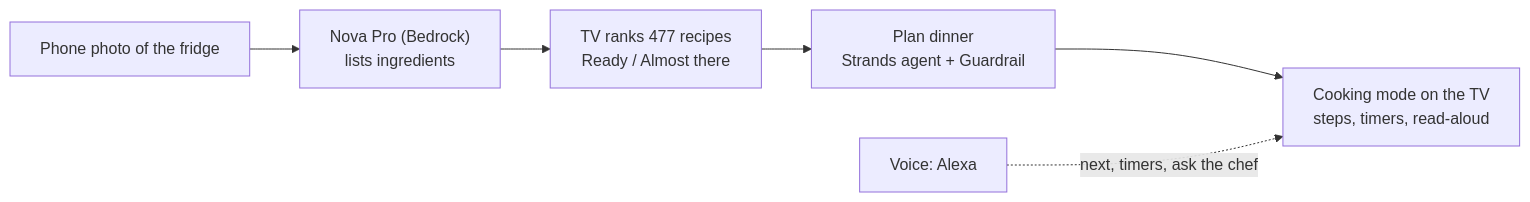
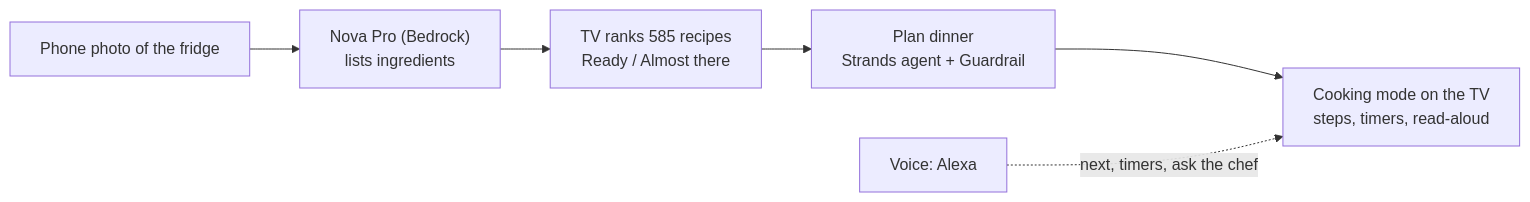
The diagram in README.md (suhailullakhan619/CookAlong), drawn with Mermaid before and after one commit. The commit also changed other lines of this file and 6 other files, not shown here.

````diff
--- a/README.md
+++ b/README.md
@@ -47,8 +47,8 @@
 ```mermaid
 flowchart LR
   A["Phone photo of the fridge"] --> B["Nova Pro (Bedrock)<br/>lists ingredients"]
-  B --> C["TV ranks 477 recipes<br/>Ready / Almost there"]
+  B --> C["TV ranks 585 recipes<br/>Ready / Almost there"]
   C --> D["Plan dinner<br/>Strands agent + Guardrail"]
   D --> E["Cooking mode on the TV<br/>steps, timers, read-aloud"]
   F["Voice: Alexa"] -. "next, timers, ask the chef" .-> E
 ```
````
